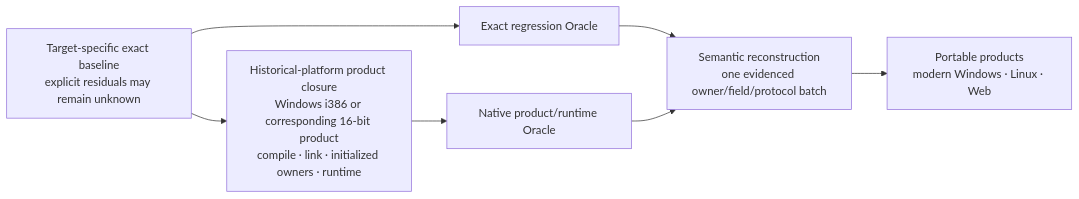
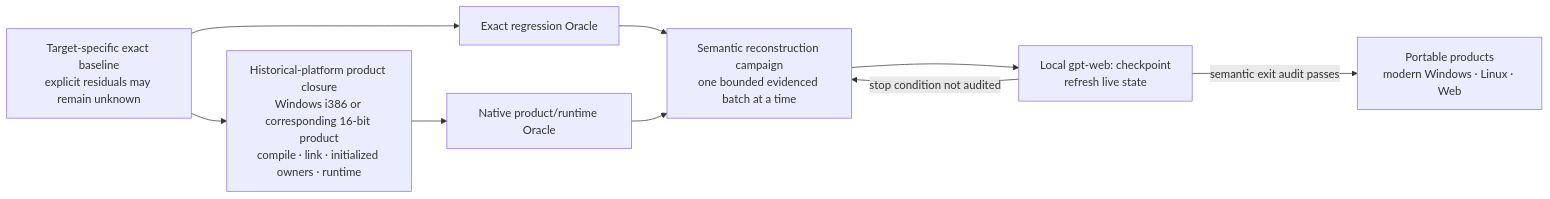
The second of 2 diagrams in README.md (N0zoM1z0/touhou-reconstruction-factory), drawn with Mermaid before and after one commit. The commit also changed other lines of this file and 23 other files, not shown here.

First line of the commit message:
Accelerate Web feedback and semantic campaigns

````diff
--- a/README.md
+++ b/README.md
@@ -84,9 +84,11 @@
 ```mermaid
 flowchart LR
     X["Target-specific exact baseline<br/>explicit residuals may remain unknown"] --> N["Historical-platform product closure<br/>Windows i386 or corresponding 16-bit product<br/>compile · link · initialized owners · runtime"]
     X --> O1["Exact regression Oracle"]
     N --> O2["Native product/runtime Oracle"]
-    O1 --> S["Semantic reconstruction<br/>one evidenced owner/field/protocol batch"]
+    O1 --> S["Semantic reconstruction campaign<br/>one bounded evidenced batch at a time"]
     O2 --> S
-    S --> P["Portable products<br/>modern Windows · Linux · Web"]
+    S --> K["Local gpt-web: checkpoint<br/>refresh live state"]
+    K -->|"stop condition not audited"| S
+    K -->|"semantic exit audit passes"| P["Portable products<br/>modern Windows · Linux · Web"]
 ```
````
